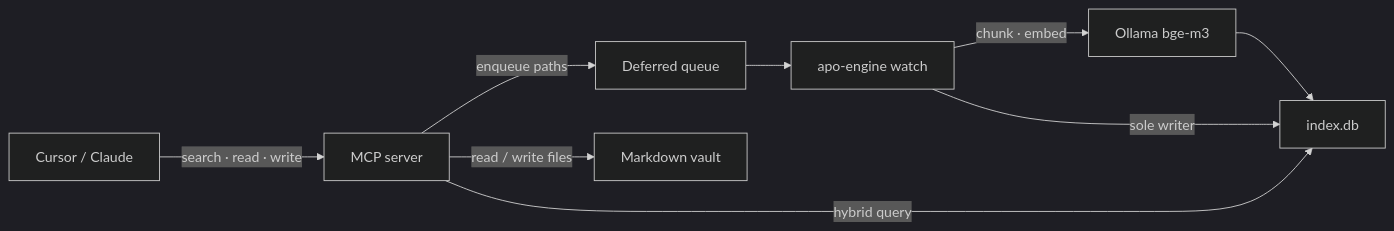
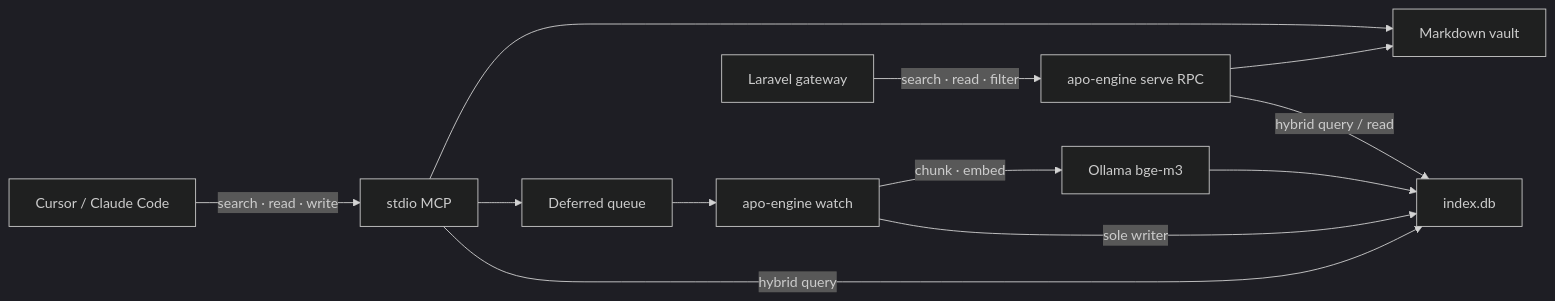
One commit to jenorris/apo changed the first of 2 diagrams in README.md. Above: the diagram before and after it, drawn with Mermaid (dark theme). The commit also changed other lines of this file and 8 other files, not shown here.

First line of the commit message:
Add local JSON RPC for gateway clients (read + write).

````diff
--- a/README.md
+++ b/README.md
@@ -84,19 +84,24 @@
 ```mermaid
 flowchart LR
-  Agent["Cursor / Claude"]
-  MCP["MCP server"]
+  Agent["Cursor / Claude Code"]
+  Gateway["Laravel gateway"]
+  MCP["stdio MCP"]
+  RPC["apo-engine serve RPC"]
   Queue["Deferred queue"]
   Watch["apo-engine watch"]
   Index["index.db"]
   Vault["Markdown vault"]
   Embed["Ollama bge-m3"]
 
   Agent -->|"search · read · write"| MCP
-  MCP -->|"read / write files"| Vault
-  MCP -->|"enqueue paths"| Queue
+  Gateway -->|"search · read · filter"| RPC
+  MCP --> Vault
+  MCP --> Queue
+  RPC -->|"hybrid query / read"| Index
+  RPC --> Vault
   Queue --> Watch
   Watch -->|"chunk · embed"| Embed
   Embed --> Index
   Watch -->|"sole writer"| Index
   MCP -->|"hybrid query"| Index
 ```
````
